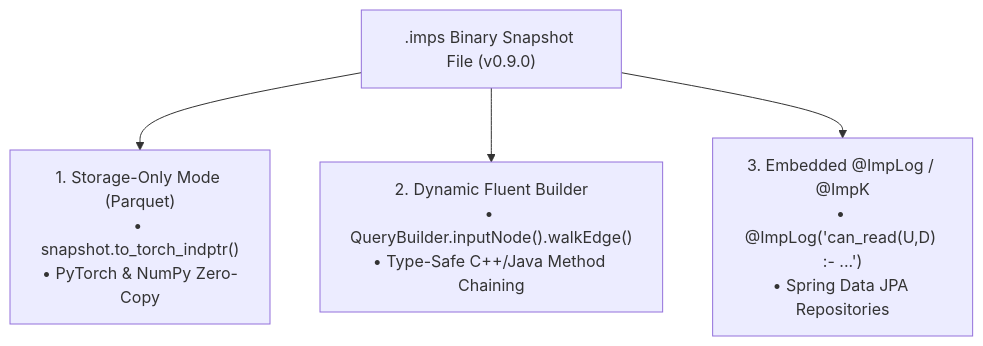
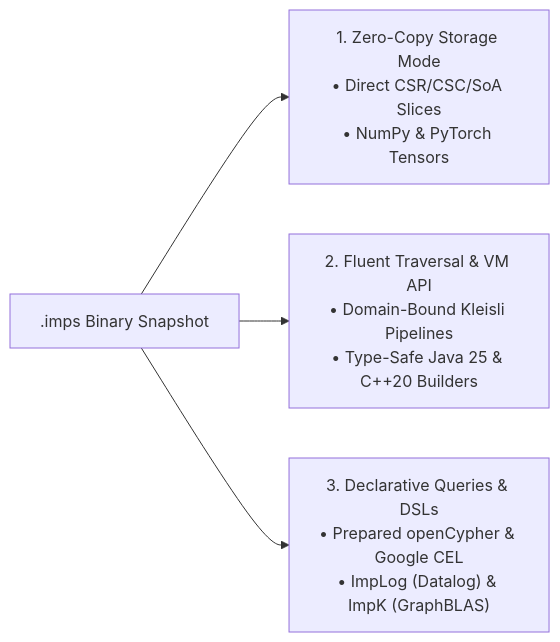
The second of 2 diagrams in docs/index.md (impulse-graph/impulse-website), drawn with Mermaid before and after one commit. The commit also changed other lines of this file and 67 other files, not shown here.

Commit message:
docs: emphasize .imps binary snapshot format and equivalent Pure Java 25 & C++20 C-ABI engines, remove specific version numbers

````diff
--- a/docs/index.md
+++ b/docs/index.md
@@ -11,6 +40,6 @@
 ```mermaid
-graph TD
-    IMPS[".imps Binary Snapshot File (v0.9.0)"] --> Mode1["1. Storage-Only Mode (Parquet)\n• snapshot.to_torch_indptr()\n• PyTorch & NumPy Zero-Copy"]
-    IMPS --> Mode2["2. Dynamic Fluent Builder\n• QueryBuilder.inputNode().walkEdge()\n• Type-Safe C++/Java Method Chaining"]
-    IMPS --> Mode3["3. Embedded @ImpLog / @ImpK\n• @ImpLog('can_read(U,D) :- ...')\n• Spring Data JPA Repositories"]
+graph LR
+    IMPS[".imps Binary Snapshot"] --> Mode1["1. Zero-Copy Storage Mode\n• Direct CSR/CSC/SoA Slices\n• NumPy & PyTorch Tensors"]
+    IMPS --> Mode2["2. Fluent Traversal & VM API\n• Domain-Bound Kleisli Pipelines\n• Type-Safe Java 25 & C++20 Builders"]
+    IMPS --> Mode3["3. Declarative Queries & DSLs\n• Prepared openCypher & Google CEL\n• ImpLog (Datalog) & ImpK (GraphBLAS)"]
 ```
````
